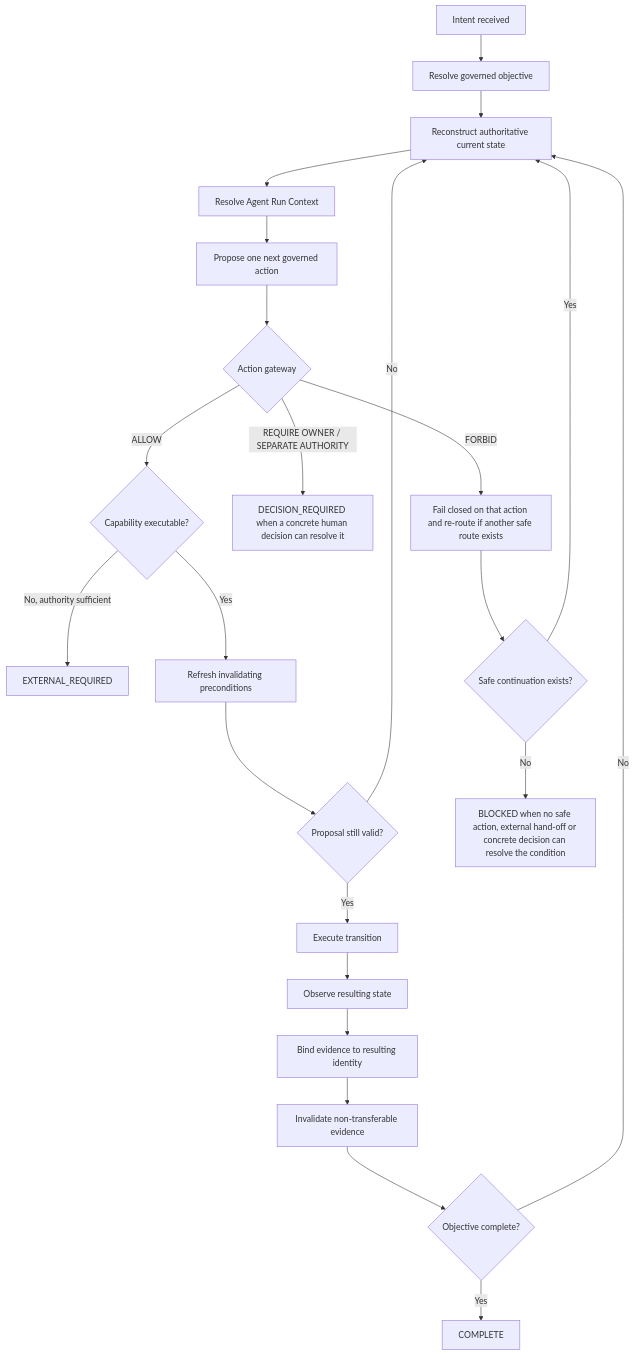
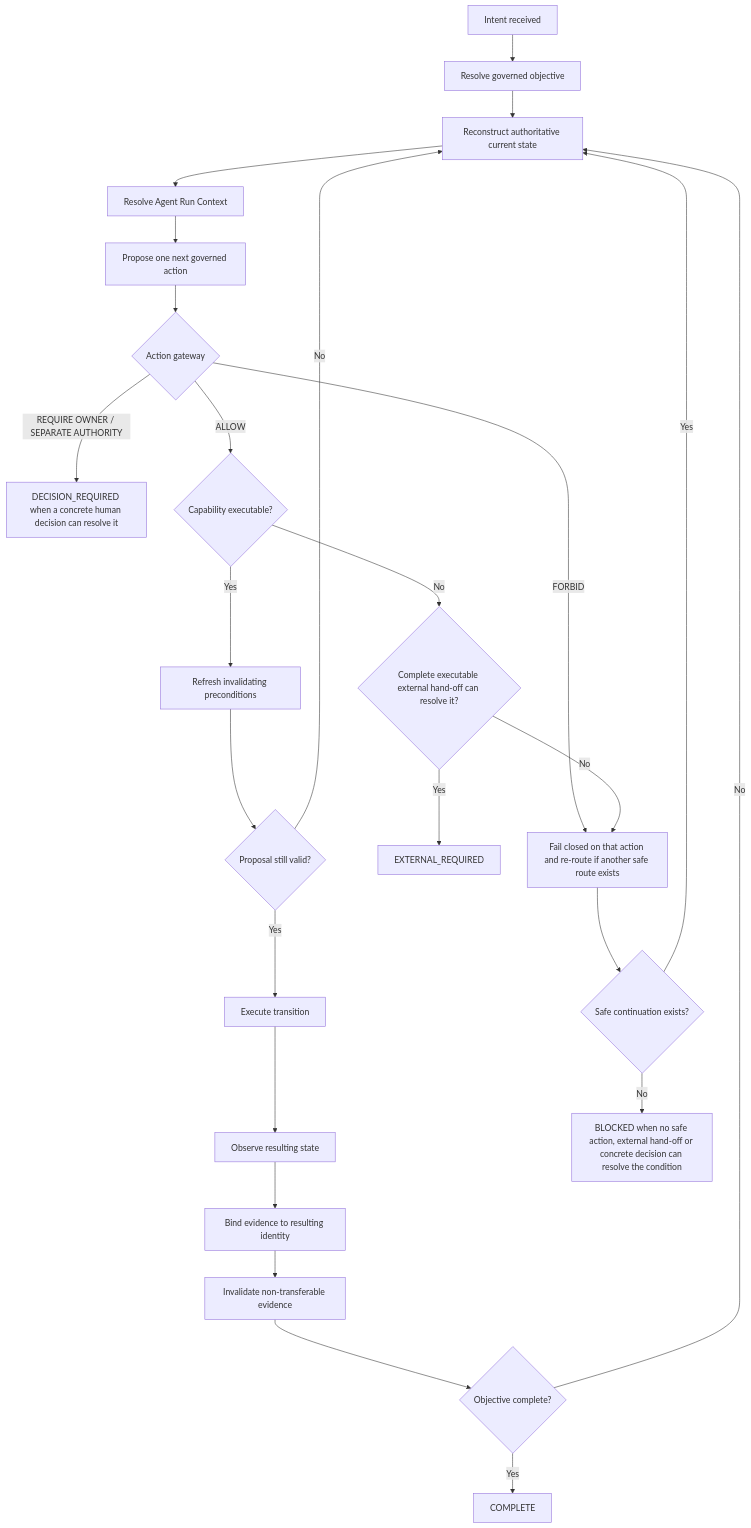
Before and after one commit to 8ft0-ai/promptbook: the diagram in guides/go-lifecycle.md, drawn with Mermaid. The commit also changed other lines of this file, not shown here.

````diff
--- a/guides/go-lifecycle.md
+++ b/guides/go-lifecycle.md
@@ -40,28 +40,30 @@
 ```mermaid
 flowchart TD
     A[Intent received] --> B[Resolve governed objective]
     B --> C[Reconstruct authoritative current state]
     C --> D[Resolve Agent Run Context]
     D --> E[Propose one next governed action]
     E --> F{Action gateway}
 
     F -->|FORBID| G[Fail closed on that action and re-route if another safe route exists]
     F -->|REQUIRE OWNER / SEPARATE AUTHORITY| H[DECISION_REQUIRED when a concrete human decision can resolve it]
     F -->|ALLOW| I{Capability executable?}
 
-    I -->|No, authority sufficient| J[EXTERNAL_REQUIRED]
+    I -->|No| J{Complete executable external hand-off can resolve it?}
+    J -->|Yes| U[EXTERNAL_REQUIRED]
+    J -->|No| G
     I -->|Yes| K[Refresh invalidating preconditions]
     K --> L{Proposal still valid?}
     L -->|No| C
     L -->|Yes| M[Execute transition]
     M --> N[Observe resulting state]
     N --> O[Bind evidence to resulting identity]
     O --> P[Invalidate non-transferable evidence]
     P --> Q{Objective complete?}
     Q -->|Yes| R[COMPLETE]
     Q -->|No| C
 
     G --> S{Safe continuation exists?}
     S -->|Yes| C
     S -->|No| T[BLOCKED when no safe action, external hand-off or concrete decision can resolve the condition]
 ```
````
